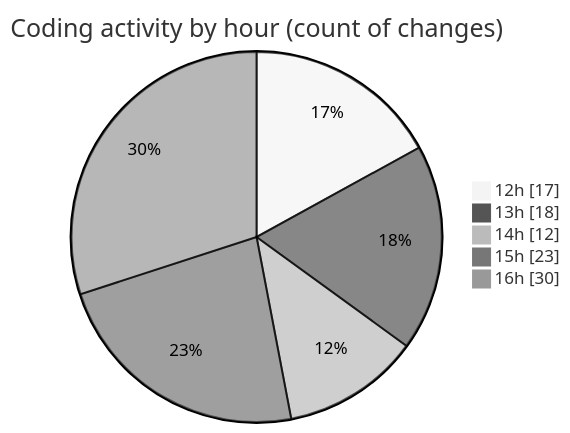
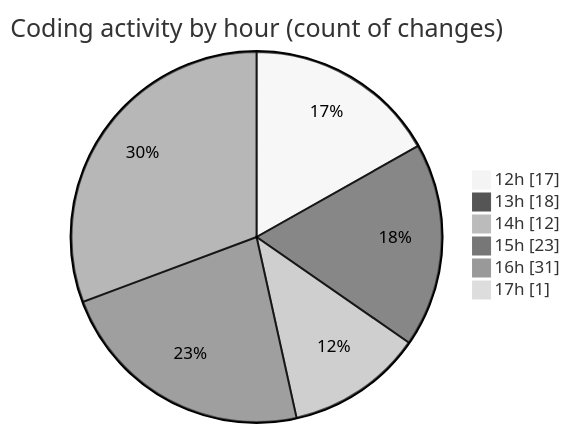
One commit to CELIANVF/code-tracking changed the second of 2 diagrams in 2025-06-01/video_app/README.md. Above: the diagram before and after it, drawn with Mermaid (neutral theme). The commit also changed other lines of this file and 1 other file, not shown here.

````diff
--- a/2025-06-01/video_app/README.md
+++ b/2025-06-01/video_app/README.md
@@ -38,9 +38,10 @@
 ```mermaid
 pie showData
 title Coding activity by hour (count of changes)
 "12h" : 17
 "13h" : 18
 "14h" : 12
 "15h" : 23
-"16h" : 30
+"16h" : 31
+"17h" : 1
 ```
````
